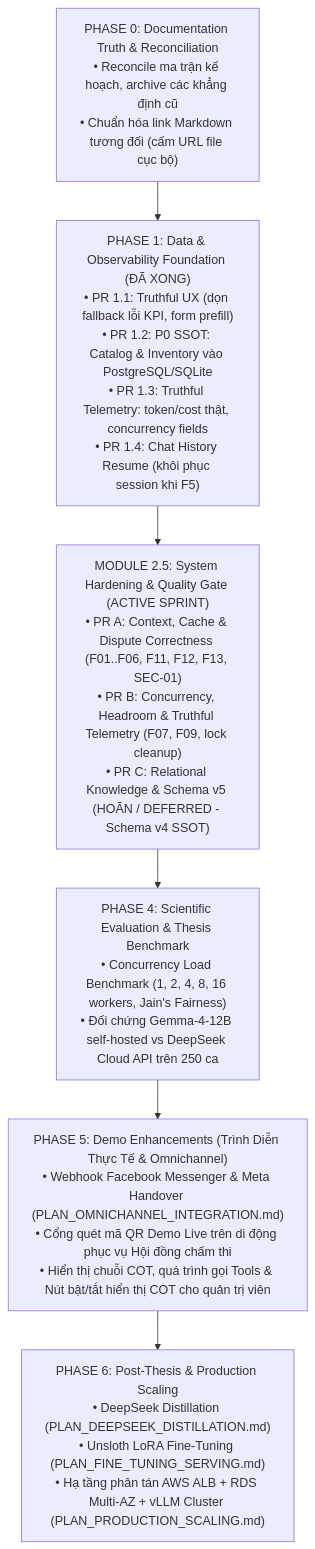
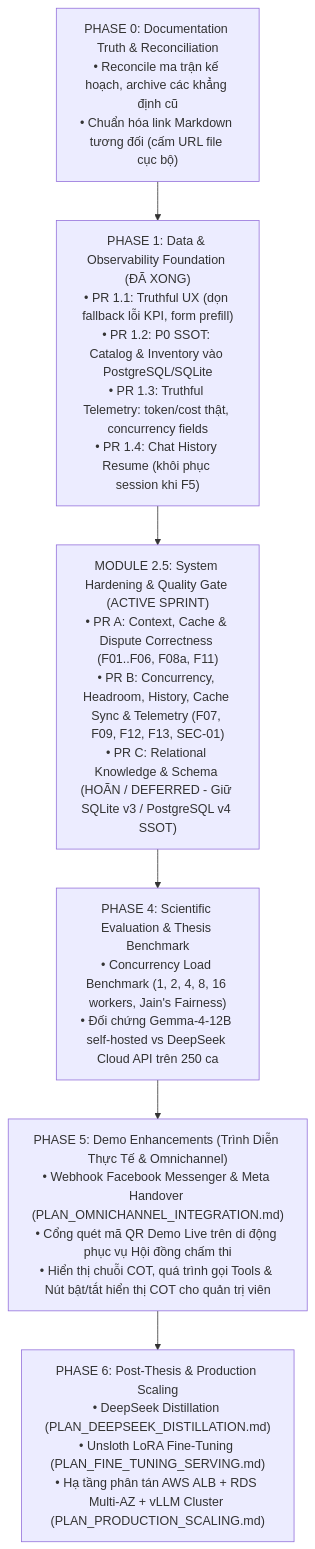
One commit to tuteemovaixlong/CSKH_ban_le changed the diagram in docs/PLAN_ROADMAP_INDEX.md. Above: the diagram before and after it, drawn with Mermaid. The commit also changed other lines of this file and 25 other files, not shown here.

First line of the commit message:
docs: finalize Module 2.5 plans (PLAN_READY_TO_IMPLEMENT handoff, headroom sync, R01-R14 closed)

````diff
--- a/docs/PLAN_ROADMAP_INDEX.md
+++ b/docs/PLAN_ROADMAP_INDEX.md
@@ -13,20 +13,20 @@
 ```mermaid
 flowchart TD
     P0["PHASE 0: Documentation Truth & Reconciliation<br/>• Reconcile ma trận kế hoạch, archive các khẳng định cũ<br/>• Chuẩn hóa link Markdown tương đối (cấm URL file cục bộ)"]
-    
+
     P1["PHASE 1: Data & Observability Foundation (ĐÃ XONG)<br/>• PR 1.1: Truthful UX (dọn fallback lỗi KPI, form prefill)<br/>• PR 1.2: P0 SSOT: Catalog & Inventory vào PostgreSQL/SQLite<br/>• PR 1.3: Truthful Telemetry: token/cost thật, concurrency fields<br/>• PR 1.4: Chat History Resume (khôi phục session khi F5)"]
-    
-    M25["MODULE 2.5: System Hardening & Quality Gate (ACTIVE SPRINT)<br/>• PR A: Context, Cache & Dispute Correctness (F01..F06, F11, F12, F13, SEC-01)<br/>• PR B: Concurrency, Headroom & Truthful Telemetry (F07, F09, lock cleanup)<br/>• PR C: Relational Knowledge & Schema v5 (HOÃN / DEFERRED - Schema v4 SSOT)"]
-    
+
+    M25["MODULE 2.5: System Hardening & Quality Gate (ACTIVE SPRINT)<br/>• PR A: Context, Cache & Dispute Correctness (F01..F06, F08a, F11)<br/>• PR B: Concurrency, Headroom, History, Cache Sync & Telemetry (F07, F09, F12, F13, SEC-01)<br/>• PR C: Relational Knowledge & Schema (HOÃN / DEFERRED - Giữ SQLite v3 / PostgreSQL v4 SSOT)"]
+
     P4["PHASE 4: Scientific Evaluation & Thesis Benchmark<br/>• Concurrency Load Benchmark (1, 2, 4, 8, 16 workers, Jain's Fairness)<br/>• Đối chứng Gemma-4-12B self-hosted vs DeepSeek Cloud API trên 250 ca"]
-    
+
     P5["PHASE 5: Demo Enhancements (Trình Diễn Thực Tế & Omnichannel)<br/>• Webhook Facebook Messenger & Meta Handover (PLAN_OMNICHANNEL_INTEGRATION.md)<br/>• Cổng quét mã QR Demo Live trên di động phục vụ Hội đồng chấm thi<br/>• Hiển thị chuỗi COT, quá trình gọi Tools & Nút bật/tắt hiển thị COT cho quản trị viên"]
-    
+
     P6["PHASE 6: Post-Thesis & Production Scaling<br/>• DeepSeek Distillation (PLAN_DEEPSEEK_DISTILLATION.md)<br/>• Unsloth LoRA Fine-Tuning (PLAN_FINE_TUNING_SERVING.md)<br/>• Hạ tầng phân tán AWS ALB + RDS Multi-AZ + vLLM Cluster (PLAN_PRODUCTION_SCALING.md)"]
 
     P0 --> P1
     P1 --> M25
     M25 --> P4
     P4 --> P5
     P5 --> P6
 ```
````
